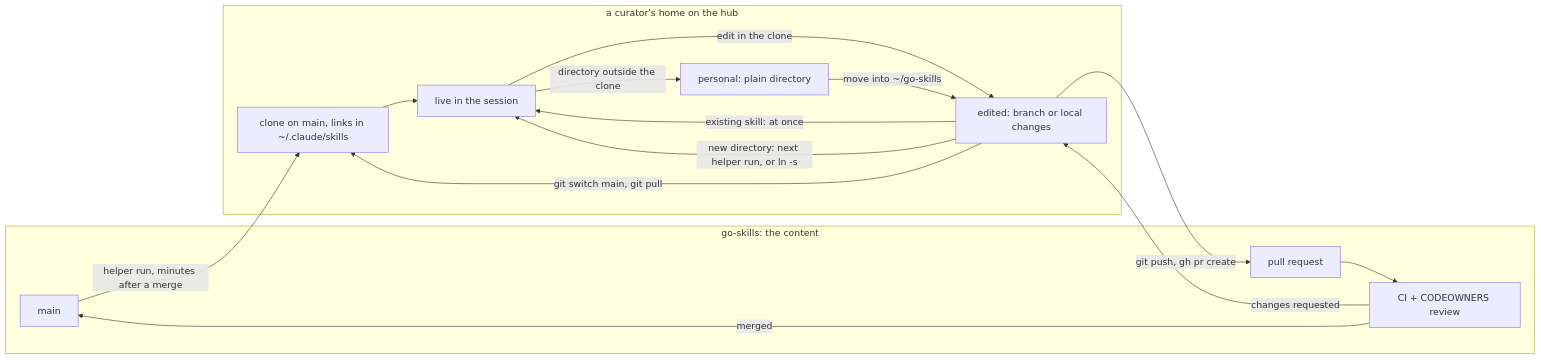
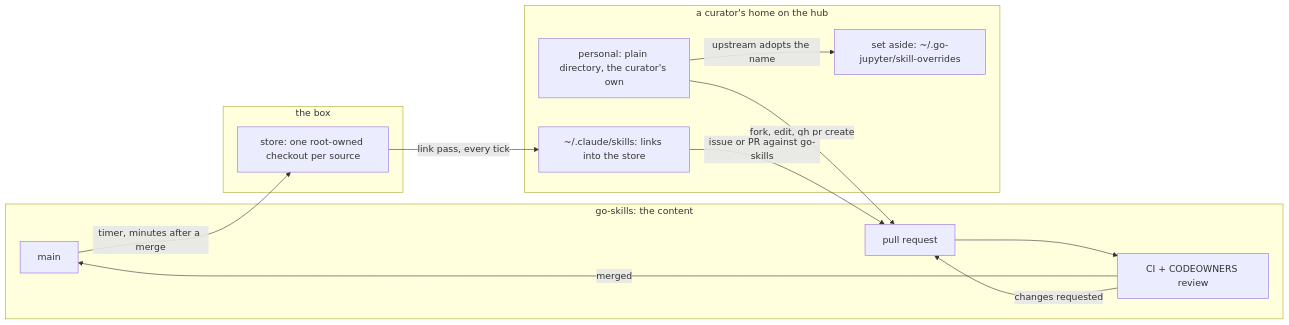
One commit to geneontology/go-jupyter changed the diagram in README.md. Above: the diagram before and after it, drawn with Mermaid. The commit also changed other lines of this file and 12 other files, not shown here.

````diff
--- a/README.md
+++ b/README.md
@@ -259,26 +265,24 @@
 ```mermaid
 flowchart LR
   subgraph GS[go-skills: the content]
     U[main]
     P[pull request]
     R[CI + CODEOWNERS review]
   end
+  subgraph B[the box]
+    S[store: one root-owned checkout per source]
+  end
   subgraph H[a curator's home on the hub]
-    D[clone on main, links in ~/.claude/skills]
-    L[live in the session]
-    E[edited: branch or local changes]
-    N[personal: plain directory]
+    L[~/.claude/skills: links into the store]
+    N[personal: plain directory, the curator's own]
+    O[set aside: ~/.go-jupyter/skill-overrides]
   end
-  U -- "helper run, minutes after a merge" --> D
-  D --> L
-  L -- "edit in the clone" --> E
-  E -- "existing skill: at once" --> L
-  E -- "new directory: next helper run, or ln -s" --> L
-  E -- "git push, gh pr create" --> P
+  U -- "timer, minutes after a merge" --> S
+  S -- "link pass, every tick" --> L
+  N -- "upstream adopts the name" --> O
+  N -- "fork, edit, gh pr create" --> P
+  L -- "issue or PR against go-skills" --> P
   P --> R
   R -- "merged" --> U
-  R -- "changes requested" --> E
-  E -- "git switch main, git pull" --> D
-  L -- "directory outside the clone" --> N
-  N -- "move into ~/go-skills" --> E
+  R -- "changes requested" --> P
 ```
````
